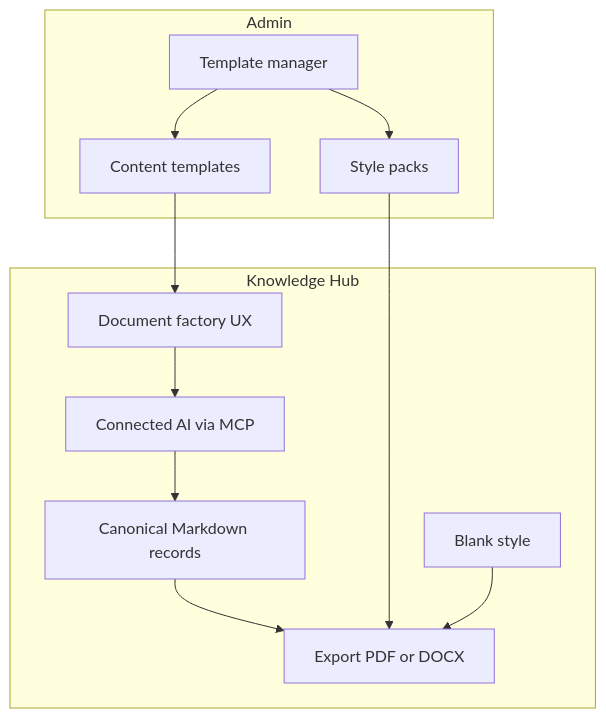
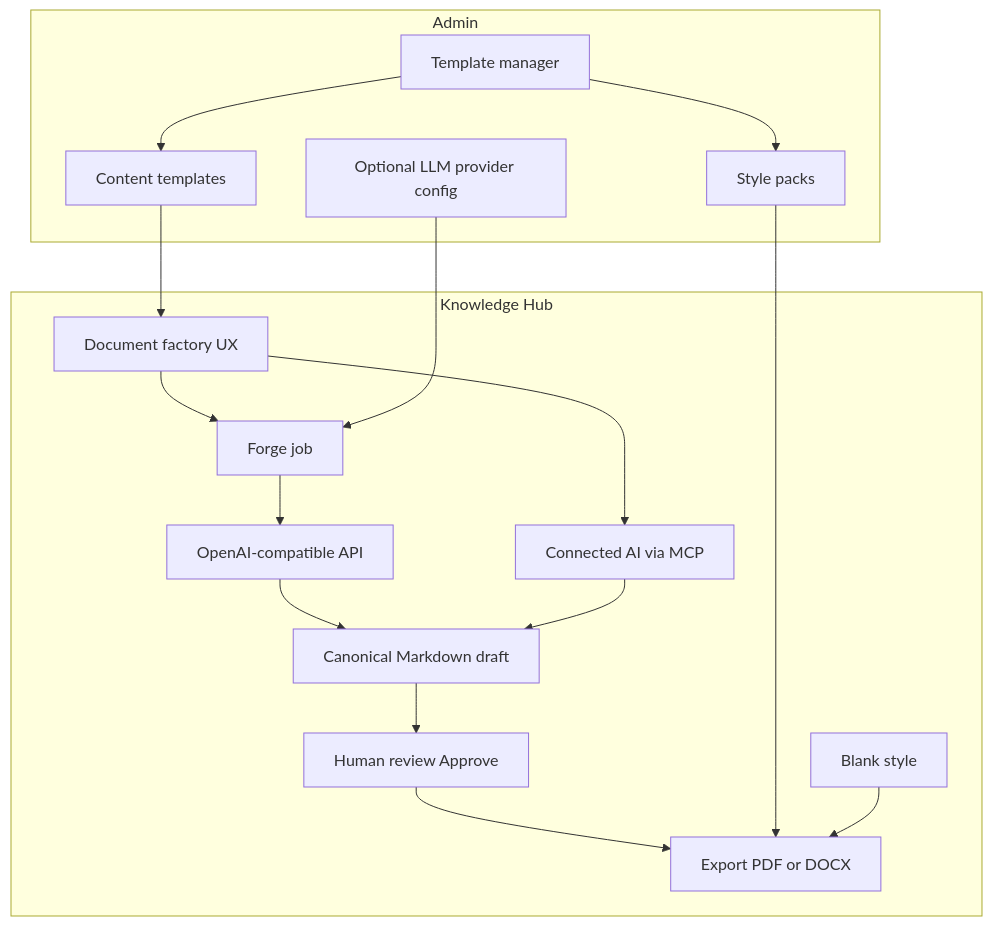
Before and after one commit to frankbootmaker/project-knowledge-hub: the diagram in docs/product/DOC_FACTORY.md, drawn with Mermaid. The commit also changed other lines of this file, not shown here.

First line of the commit message:
Add optional hub OpenAI-compatible forge to Doc Factory.

````diff
--- a/docs/product/DOC_FACTORY.md
+++ b/docs/product/DOC_FACTORY.md
@@ -19,18 +19,24 @@
 ```mermaid
 flowchart TB
   subgraph admin [Admin]
     tm[Template manager]
     tm --> ct[Content templates]
     tm --> sp[Style packs]
+    llmCfg[Optional LLM provider config]
   end
   subgraph hub [Knowledge Hub]
-    md[Canonical Markdown records]
+    md[Canonical Markdown draft]
     df[Document factory UX]
     ct --> df
     df --> agent[Connected AI via MCP]
+    df --> forge[Forge job]
+    llmCfg --> forge
+    forge --> llm[OpenAI-compatible API]
+    llm --> md
     agent --> md
-    md --> export[Export PDF or DOCX]
+    md --> review[Human review Approve]
+    review --> export[Export PDF or DOCX]
     sp --> export
     blank[Blank style] --> export
   end
 ```
````
